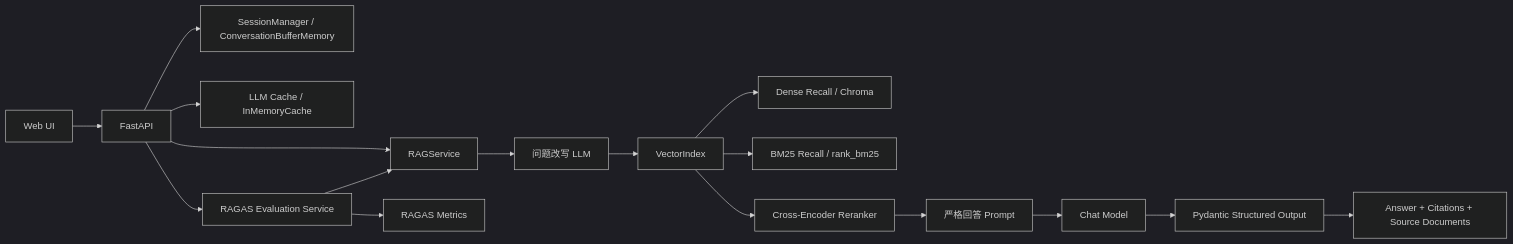
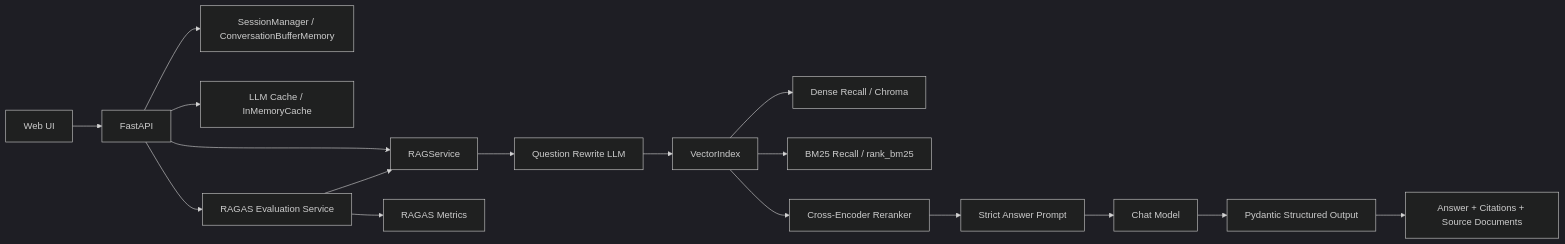
One commit to kkkano/langchain-business-rag changed the diagram in README.md. Above: the diagram before and after it, drawn with Mermaid (dark theme). The commit also changed other lines of this file and 1 other file, not shown here.

````diff
--- a/README.md
+++ b/README.md
@@ -20,19 +25,19 @@
 ```mermaid
 flowchart LR
     A[Web UI] --> B[FastAPI]
     B --> C[SessionManager / ConversationBufferMemory]
     B --> D[RAGService]
-    D --> E[问题改写 LLM]
+    D --> E[Question Rewrite LLM]
     E --> F[VectorIndex]
     F --> F1[Dense Recall / Chroma]
     F --> F2[BM25 Recall / rank_bm25]
     F --> F3[Cross-Encoder Reranker]
-    F3 --> G[严格回答 Prompt]
+    F3 --> G[Strict Answer Prompt]
     G --> H[Chat Model]
     H --> I[Pydantic Structured Output]
     I --> J[Answer + Citations + Source Documents]
     B --> K[LLM Cache / InMemoryCache]
     B --> L[RAGAS Evaluation Service]
     L --> D
     L --> M[RAGAS Metrics]
 ```
````
